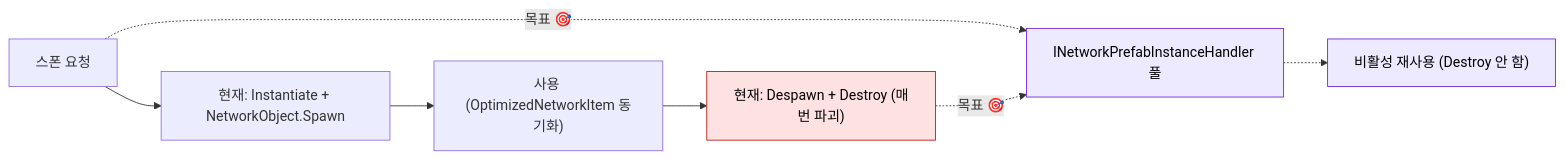
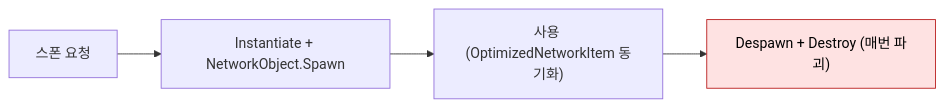
One commit to Ethaniya0912/pB changed the first of 2 diagrams in Docs/game-dev-wiki/05-core-framework/object-pooling.md. Above: the diagram before and after it, drawn with Mermaid. The commit also changed other lines of this file and 7 other files, not shown here.

````diff
--- a/Docs/game-dev-wiki/05-core-framework/object-pooling.md
+++ b/Docs/game-dev-wiki/05-core-framework/object-pooling.md
@@ -20,13 +20,8 @@
 ```mermaid
 flowchart LR
-  REQ["스폰 요청"] --> CUR["현재: Instantiate + NetworkObject.Spawn"]
+  REQ["스폰 요청"] --> CUR["Instantiate + NetworkObject.Spawn"]
   CUR --> USE["사용 (OptimizedNetworkItem 동기화)"]
-  USE --> DES["현재: Despawn + Destroy (매번 파괴)"]
-  REQ -.->|"목표 🎯"| H["INetworkPrefabInstanceHandler 풀"]
-  DES -.->|"목표 🎯"| H
-  H -.-> REUSE["비활성 재사용 (Destroy 안 함)"]
-  classDef t fill:#ede9fe,stroke:#6d28d9,color:#000;
-  class H,REUSE t
+  USE --> DES["Despawn + Destroy (매번 파괴)"]
   classDef warn fill:#fee2e2,stroke:#b91c1c,color:#000;
   class DES warn
 ```
````
